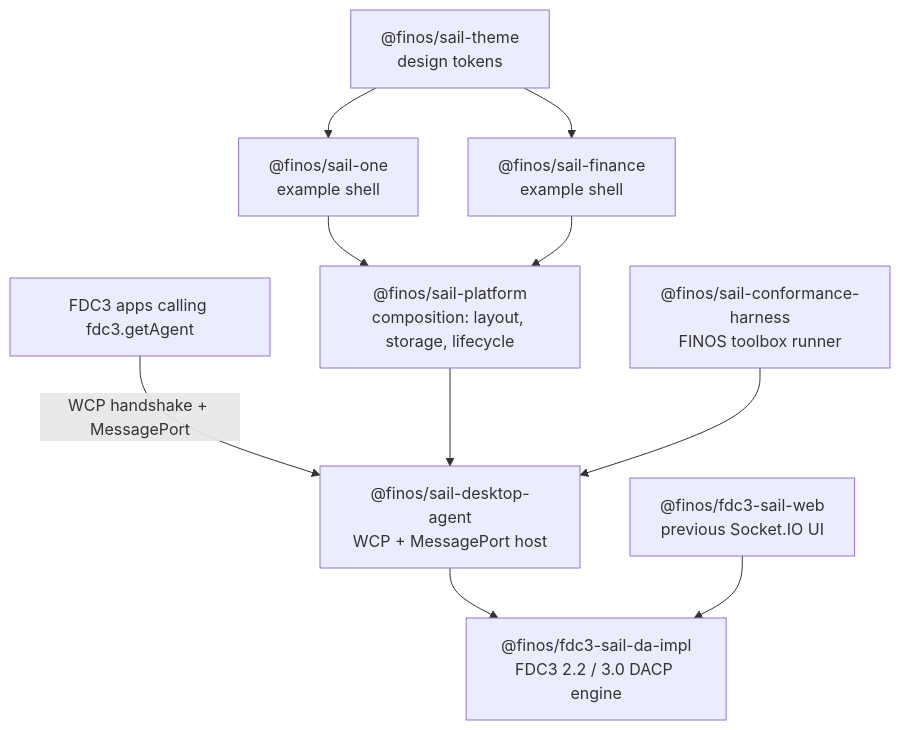
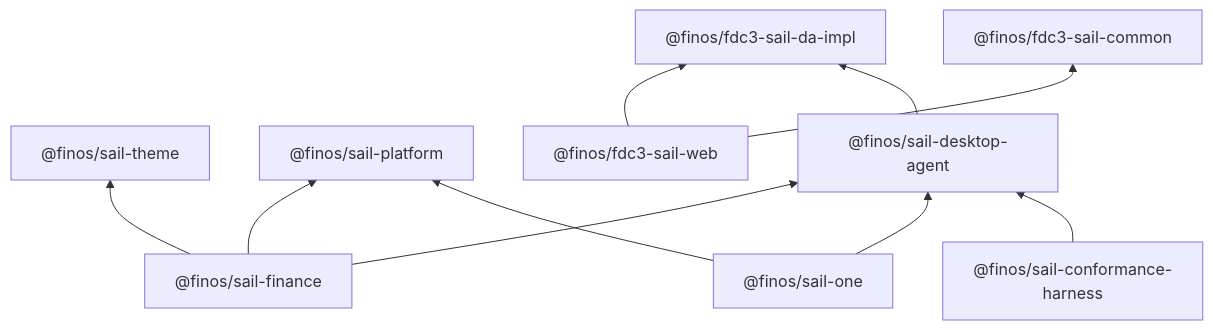
Before and after one commit to finos/FDC3-Sail: the diagram in README.md, drawn with Mermaid. The commit also changed 3 other files, not shown here.

Commit message:
diagram, tidying tests

````diff
--- a/README.md
+++ b/README.md
@@ -37,22 +37,22 @@
 ```mermaid
-graph TD
-  Apps["FDC3 apps calling fdc3.getAgent"]
-  DA["@finos/sail-desktop-agent<br/>WCP + MessagePort host"]
-  Engine["@finos/fdc3-sail-da-impl<br/>FDC3 2.2 / 3.0 DACP engine"]
-  Platform["@finos/sail-platform<br/>composition: layout, storage, lifecycle"]
-  One["@finos/sail-one<br/>example shell"]
-  Finance["@finos/sail-finance<br/>example shell"]
-  Theme["@finos/sail-theme<br/>design tokens"]
-  Harness["@finos/sail-conformance-harness<br/>FINOS toolbox runner"]
-  V2["@finos/fdc3-sail-web<br/>previous Socket.IO UI"]
+graph BT
+  Engine["@finos/fdc3-sail-da-impl"]
+  Theme["@finos/sail-theme"]
+  Platform["@finos/sail-platform"]
+  Common["@finos/fdc3-sail-common"]
+  DA["@finos/sail-desktop-agent"]
+  V2["@finos/fdc3-sail-web"]
+  Harness["@finos/sail-conformance-harness"]
+  One["@finos/sail-one"]
+  Finance["@finos/sail-finance"]
 
-  Apps -->|WCP handshake + MessagePort| DA
   DA --> Engine
-  Platform --> DA
+  V2 --> Engine
+  V2 --> Common
+  Harness --> DA
+  One --> DA
   One --> Platform
+  Finance --> DA
   Finance --> Platform
-  Theme --> One
-  Theme --> Finance
-  Harness --> DA
-  V2 --> Engine
+  Finance --> Theme
 ```
````
